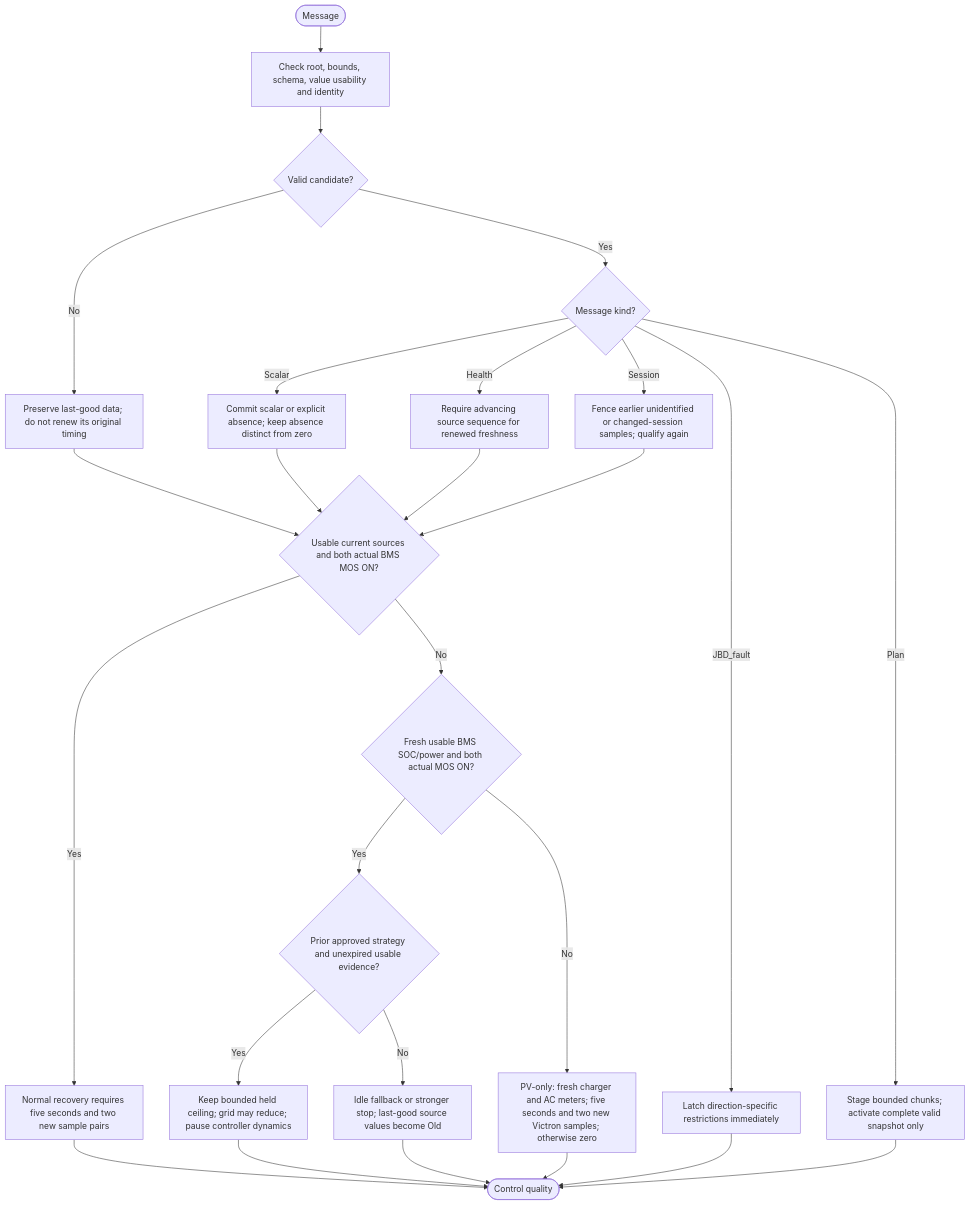
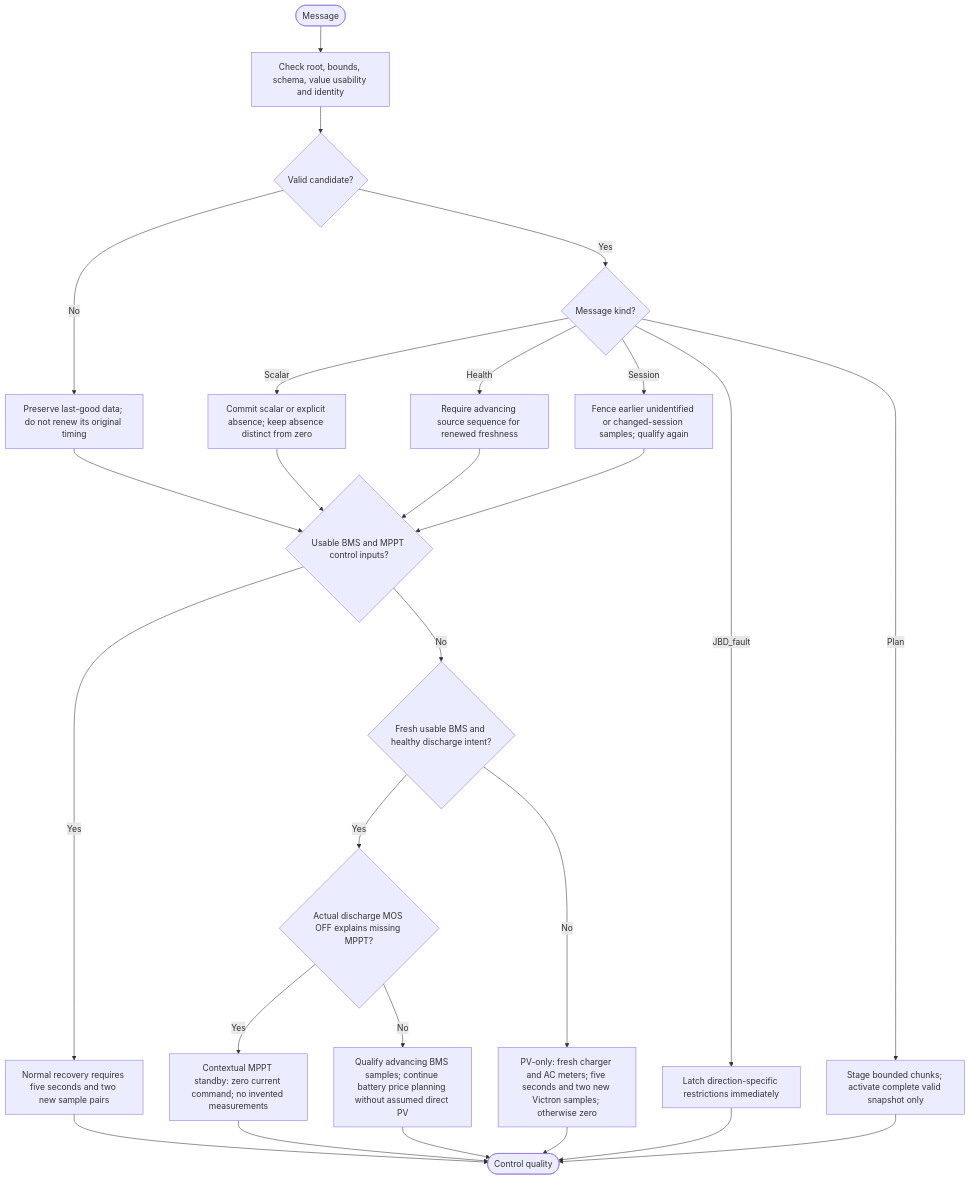
The diagram in docs/control-planning/01-measurement-validation.md (vitalyruhl/SolarInverterLimiter), drawn with Mermaid before and after one commit. The commit also changed other lines of this file and 13 other files, not shown here.

Commit message:
fix: preserve SIL battery planning through MPPT loss

````diff
--- a/docs/control-planning/01-measurement-validation.md
+++ b/docs/control-planning/01-measurement-validation.md
@@ -12,29 +12,29 @@
 ```mermaid
 flowchart TD
   RX([Message]) --> CHECK["Check root, bounds, schema, value usability and identity"]
   CHECK --> VALID{"Valid candidate?"}
   VALID -- No --> KEEP["Preserve last-good data; do not renew its original timing"]
   VALID -- Yes --> TYPE{"Message kind?"}
   TYPE -- Scalar --> VALUE["Commit scalar or explicit absence; keep absence distinct from zero"]
   TYPE -- Health --> SEQ["Require advancing source sequence for renewed freshness"]
   TYPE -- Session --> FENCE["Fence earlier unidentified or changed-session samples; qualify again"]
   TYPE -- JBD_fault --> ALARM["Latch direction-specific restrictions immediately"]
   TYPE -- Plan --> STAGE["Stage bounded chunks; activate complete valid snapshot only"]
   KEEP --> QUALITY
   VALUE --> QUALITY
   SEQ --> QUALITY
   FENCE --> QUALITY
-  QUALITY{"Usable current sources and both actual BMS MOS ON?"}
+  QUALITY{"Usable BMS and MPPT control inputs?"}
   QUALITY -- Yes --> QUAL["Normal recovery requires five seconds and two new sample pairs"]
-  QUALITY -- No --> BMS{"Fresh usable BMS SOC/power and both actual MOS ON?"}
+  QUALITY -- No --> BMS{"Fresh usable BMS and healthy discharge intent?"}
   BMS -- No --> PVONLY["PV-only: fresh charger and AC meters; five seconds and two new Victron samples; otherwise zero"]
-  BMS -- Yes --> GRACE{"Prior approved strategy and unexpired usable evidence?"}
-  GRACE -- Yes --> HOLD["Keep bounded held ceiling; grid may reduce; pause controller dynamics"]
-  GRACE -- No --> FALL["Idle fallback or stronger stop; last-good source values become Old"]
+  BMS -- Yes --> GRACE{"Actual discharge MOS OFF explains missing MPPT?"}
+  GRACE -- Yes --> HOLD["Contextual MPPT standby: zero current command; no invented measurements"]
+  GRACE -- No --> FALL["Qualify advancing BMS samples; continue battery price planning without assumed direct PV"]
   QUAL --> OUT([Control quality])
   HOLD --> OUT
   FALL --> OUT
   PVONLY --> OUT
   ALARM --> OUT
   STAGE --> OUT
 ```
````
